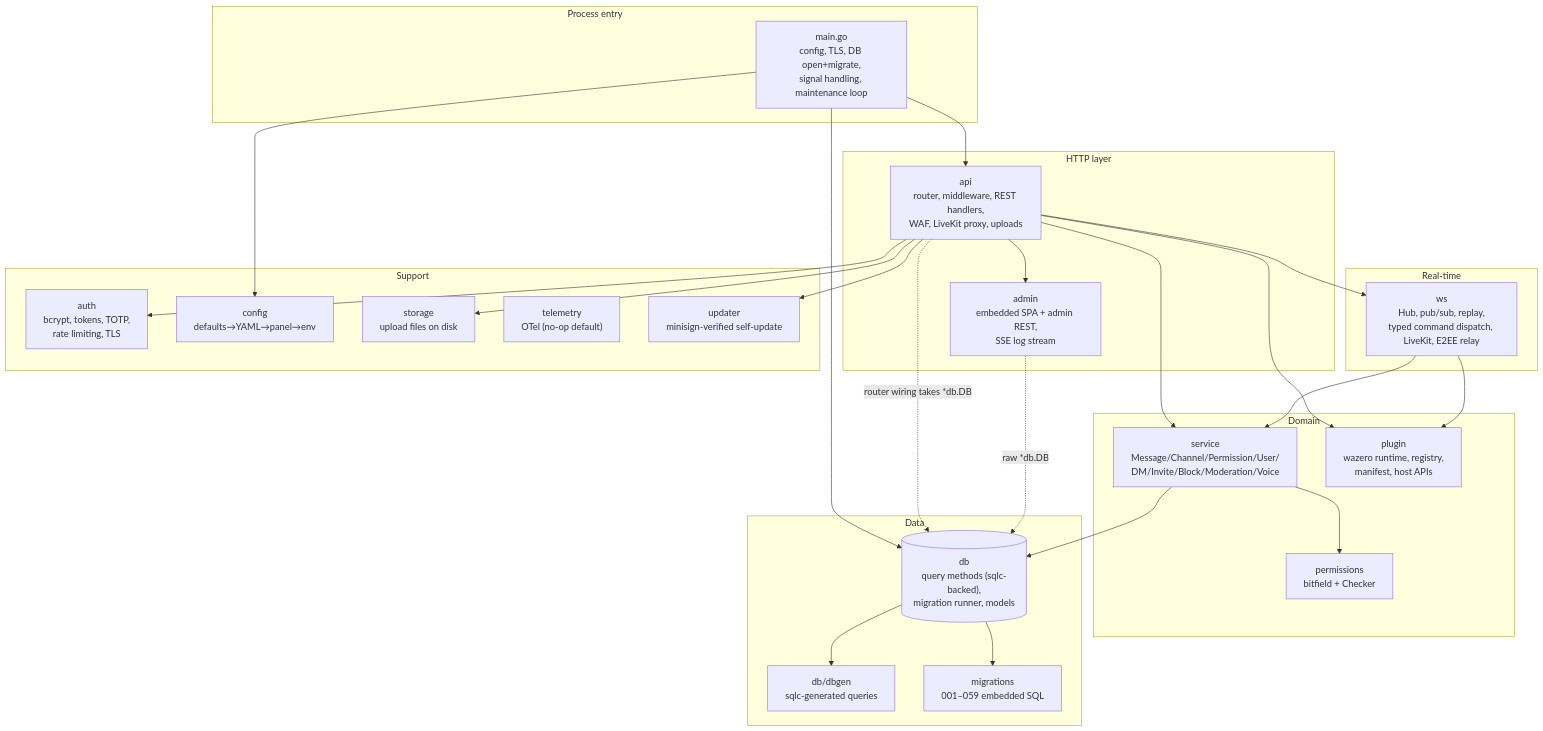
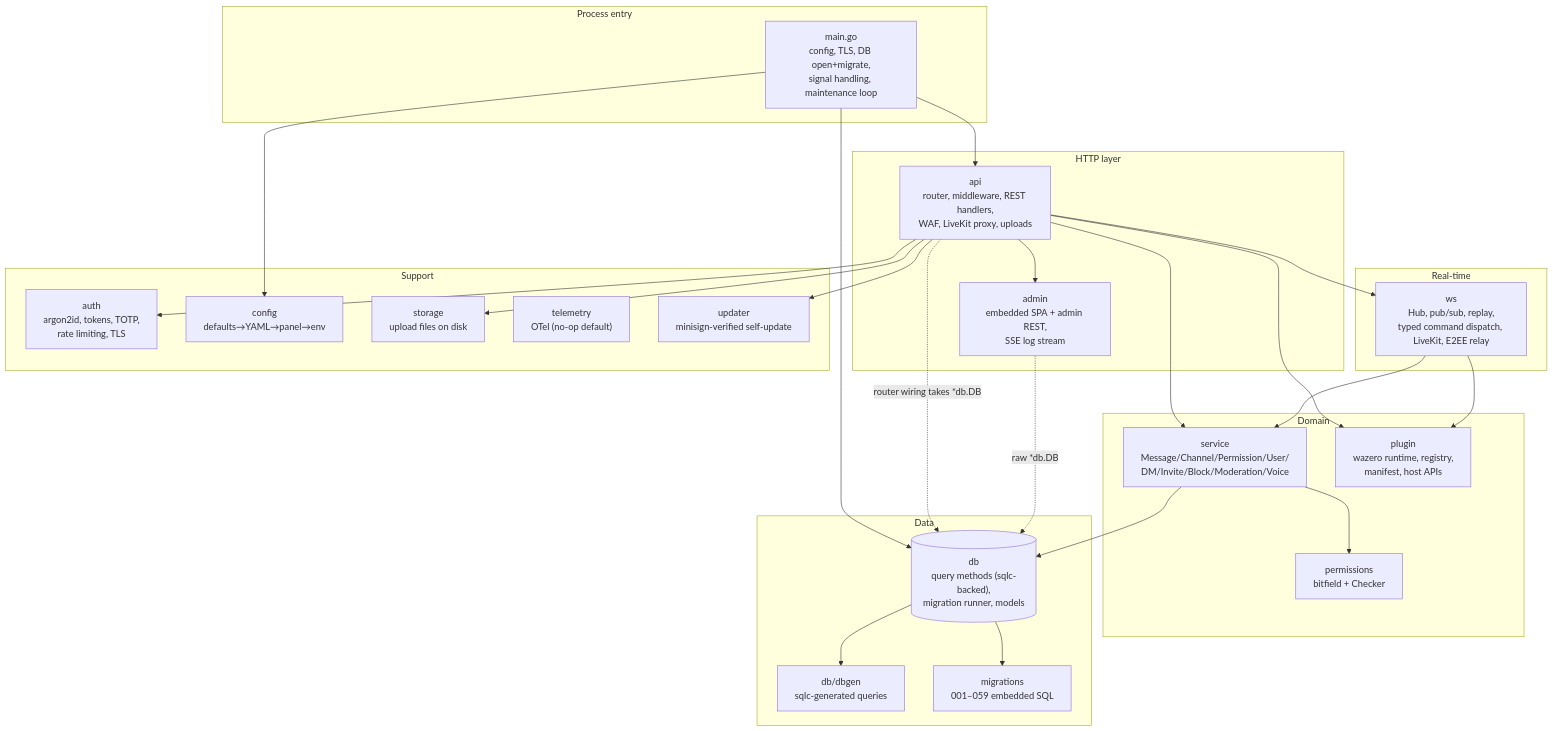
One commit to J3vb/OwnCord changed the first of 2 diagrams in docs/architecture/server.md. Above: the diagram before and after it, drawn with Mermaid. The commit also changed 9 other files, not shown here.

````diff
--- a/docs/architecture/server.md
+++ b/docs/architecture/server.md
@@ -27,56 +27,56 @@
 ```mermaid
 flowchart TB
     subgraph entry ["Process entry"]
         MAIN["main.go<br/>config, TLS, DB open+migrate,<br/>signal handling, maintenance loop"]
     end
 
     subgraph http ["HTTP layer"]
         API["api<br/>router, middleware, REST handlers,<br/>WAF, LiveKit proxy, uploads"]
         ADMIN["admin<br/>embedded SPA + admin REST,<br/>SSE log stream"]
     end
 
     subgraph realtime ["Real-time"]
         WS["ws<br/>Hub, pub/sub, replay,<br/>typed command dispatch, LiveKit, E2EE relay"]
     end
 
     subgraph domain ["Domain"]
         SVC["service<br/>Message/Channel/Permission/User/<br/>DM/Invite/Block/Moderation/Voice"]
         PERM["permissions<br/>bitfield + Checker"]
         PLUGIN["plugin<br/>wazero runtime, registry,<br/>manifest, host APIs"]
     end
 
     subgraph data ["Data"]
         DB[("db<br/>query methods (sqlc-backed),<br/>migration runner, models")]
         DBGEN["db/dbgen<br/>sqlc-generated queries"]
         MIG["migrations<br/>001–059 embedded SQL"]
     end
 
     subgraph support ["Support"]
-        AUTH["auth<br/>bcrypt, tokens, TOTP,<br/>rate limiting, TLS"]
+        AUTH["auth<br/>argon2id, tokens, TOTP,<br/>rate limiting, TLS"]
         CFG["config<br/>defaults→YAML→panel→env"]
         STORAGE["storage<br/>upload files on disk"]
         TEL["telemetry<br/>OTel (no-op default)"]
         UPD["updater<br/>minisign-verified self-update"]
     end
 
     MAIN --> CFG
     MAIN --> API
     MAIN --> DB
     API --> ADMIN
     API --> WS
     API --> SVC
     API --> AUTH
     API --> STORAGE
     API --> UPD
     API --> PLUGIN
     SVC --> DB
     SVC --> PERM
     DB --> DBGEN
     DB --> MIG
     WS --> SVC
     WS --> PLUGIN
 
     %% Residual layering seam (dashed): raw *db.DB used above the service layer
     API -.->|"router wiring takes *db.DB"| DB
     ADMIN -.->|"raw *db.DB"| DB
 ```
````
